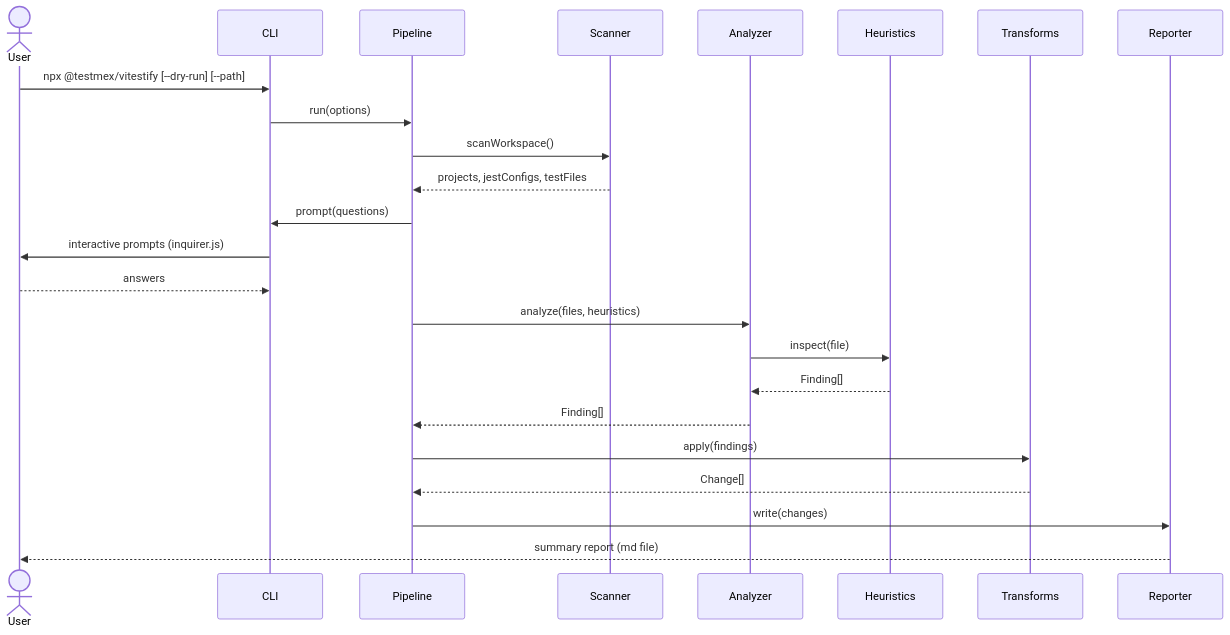
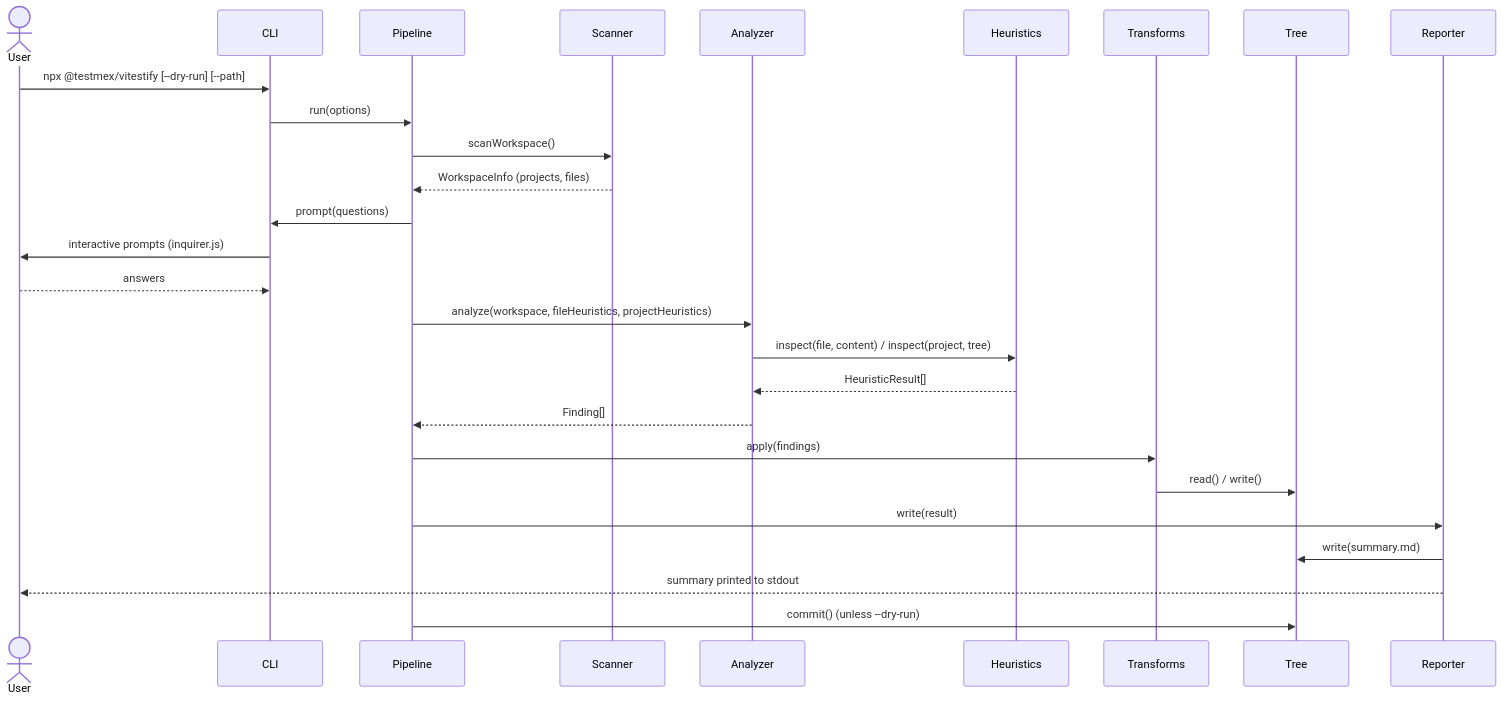
One commit to testmex/testmex changed the second of 3 diagrams in design-docs/001-vitestify.md. Above: the diagram before and after it, drawn with Mermaid. The commit also changed other lines of this file, not shown here.

````diff
--- a/design-docs/001-vitestify.md
+++ b/design-docs/001-vitestify.md
@@ -54,27 +55,30 @@
 ```mermaid
 sequenceDiagram
     actor User
     participant CLI
     participant Pipeline
     participant Scanner
     participant Analyzer
     participant Heuristics
     participant Transforms
+    participant Tree
     participant Reporter
 
     User->>CLI: npx @testmex/vitestify [--dry-run] [--path]
     CLI->>Pipeline: run(options)
     Pipeline->>Scanner: scanWorkspace()
-    Scanner-->>Pipeline: projects, jestConfigs, testFiles
+    Scanner-->>Pipeline: WorkspaceInfo (projects, files)
     Pipeline->>CLI: prompt(questions)
     CLI->>User: interactive prompts (inquirer.js)
     User-->>CLI: answers
-    Pipeline->>Analyzer: analyze(files, heuristics)
-    Analyzer->>Heuristics: inspect(file)
-    Heuristics-->>Analyzer: Finding[]
+    Pipeline->>Analyzer: analyze(workspace, fileHeuristics, projectHeuristics)
+    Analyzer->>Heuristics: inspect(file, content) / inspect(project, tree)
+    Heuristics-->>Analyzer: HeuristicResult[]
     Analyzer-->>Pipeline: Finding[]
     Pipeline->>Transforms: apply(findings)
-    Transforms-->>Pipeline: Change[]
-    Pipeline->>Reporter: write(changes)
-    Reporter-->>User: summary report (md file)
+    Transforms->>Tree: read() / write()
+    Pipeline->>Reporter: write(result)
+    Reporter->>Tree: write(summary.md)
+    Reporter-->>User: summary printed to stdout
+    Pipeline->>Tree: commit() (unless --dry-run)
 ```
````
